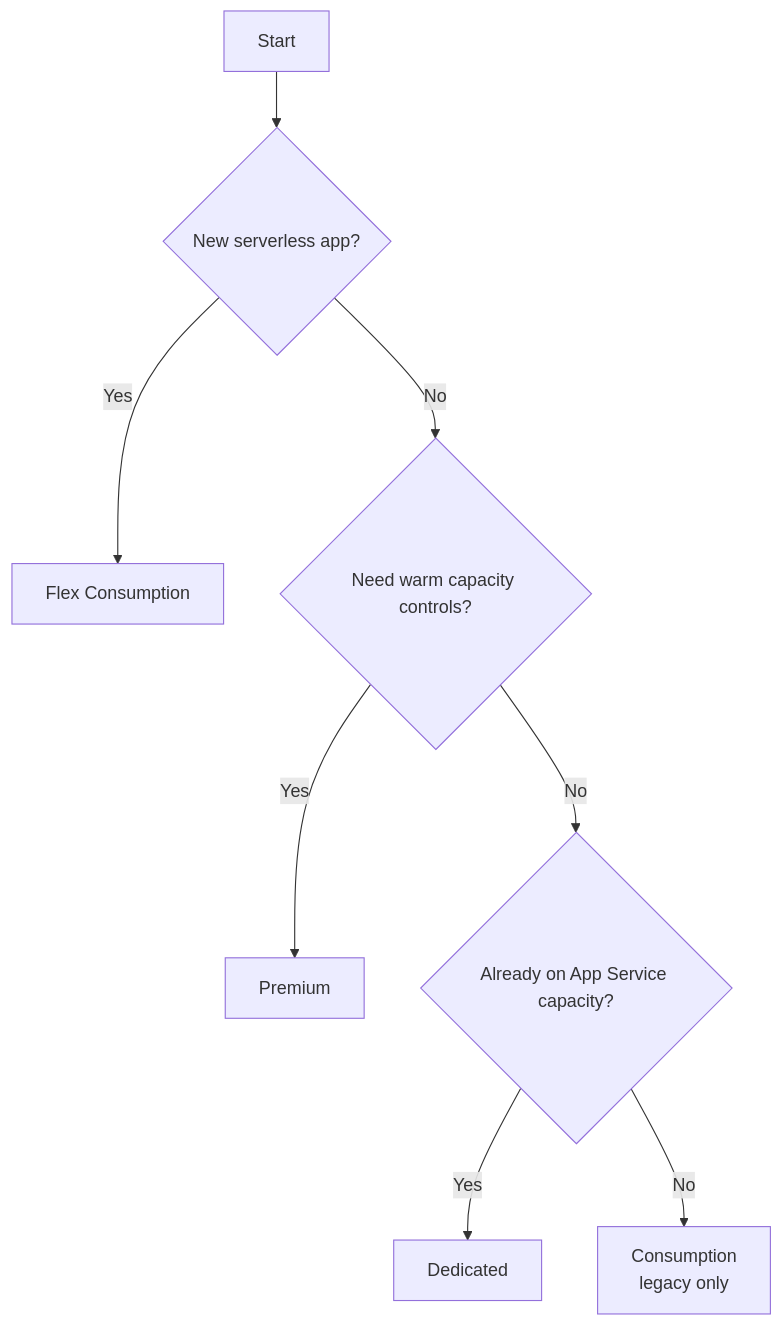
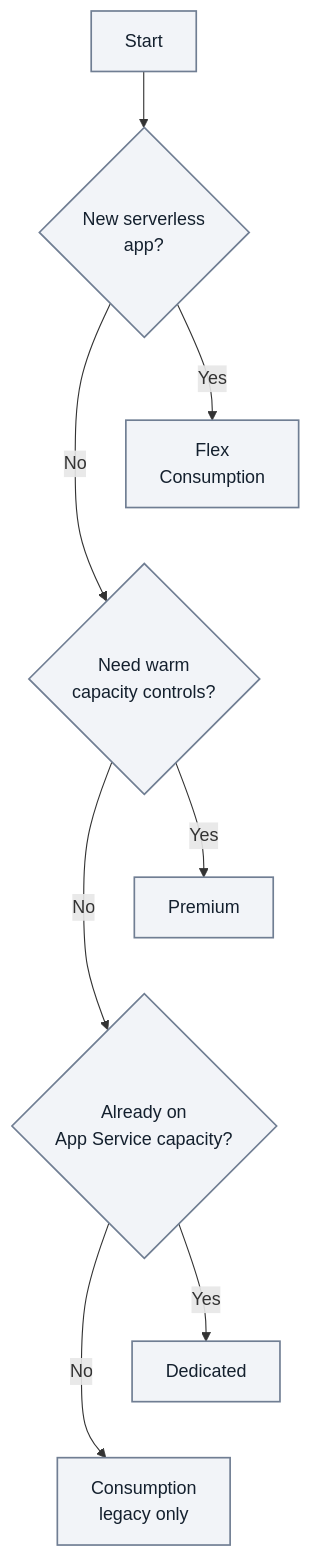
Before and after one commit to yeongseon/azure-functions-practical-guide: the diagram in docs/start-here/hosting-options.md, drawn with Mermaid. The commit also changed other lines of this file and 1 other file, not shown here.

Commit message:
docs(diagrams): clarify and relayout hosting-plan orientation (#554)
* docs(diagrams): clarify and relayout hosting-plan orientation

Preserve all hosting selector branches while wrapping and tiering labels for
narrow screens. Qualify illustrative routing and refresh its owned record.

Refs #379

````diff
--- a/docs/start-here/hosting-options.md
+++ b/docs/start-here/hosting-options.md
@@ -36,10 +36,18 @@
 ```mermaid
 flowchart TD
-    A[Start] --> B{New serverless app?}
-    B -->|Yes| C[Flex Consumption]
-    B -->|No| D{Need warm capacity controls?}
+    accTitle: Hosting-plan starting points in this guide
+    accDescr: Illustrative orientation, not exclusive platform guidance. Start with the new-serverless-app question; Yes leads to Flex Consumption. Otherwise the warm-capacity question leads to Premium on Yes, or the existing-App-Service-capacity question on No. That question leads to Dedicated on Yes and legacy Consumption on No. Read the plan qualifications below.
+    A[Start] --> B{"New serverless<br/>app?"}
+    B -->|Yes| C["Flex<br/>Consumption"]
+    B -->|No| D{"Need warm<br/>capacity controls?"}
     D -->|Yes| E[Premium]
-    D -->|No| F{Already on App Service capacity?}
+    D -->|No| F{"Already on<br/>App Service capacity?"}
     F -->|Yes| G[Dedicated]
-    F -->|No| H[Consumption\nlegacy only]
+    F -->|No| H["Consumption<br/>legacy only"]
+    %% Layout-only links tier outcomes; they add no decision or semantic arrow.
+    C ~~~ D
+    E ~~~ F
+    G ~~~ H
+    classDef neutral fill:#f2f4f8,stroke:#707e93,stroke-width:1.5px,color:#14202e;
+    class A,B,C,D,E,F,G,H neutral;
 ```
````
